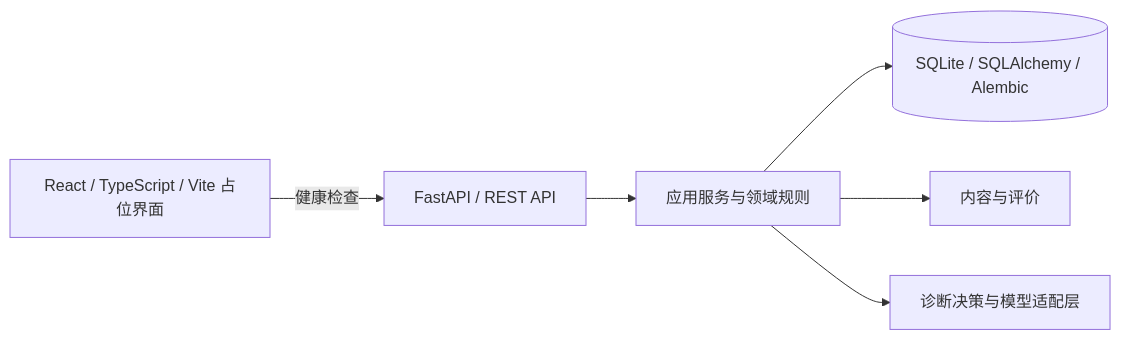
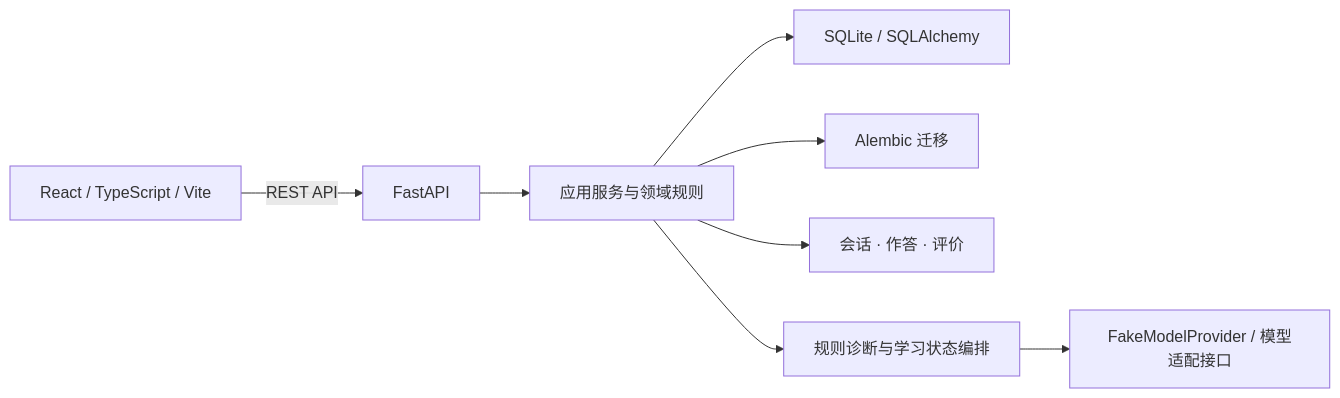
The second of 2 diagrams in README.md (KaoruMiyagawa/UnlearnLoop), drawn with Mermaid before and after one commit. The commit also changed other lines of this file, not shown here.

````diff
--- a/README.md
+++ b/README.md
@@ -38,8 +67,10 @@
 ```mermaid
 flowchart LR
-    UI[React / TypeScript / Vite 占位界面] -->|健康检查| API[FastAPI / REST API]
+    UI[React / TypeScript / Vite] -->|REST API| API[FastAPI]
     API --> APP[应用服务与领域规则]
-    APP --> DB[(SQLite / SQLAlchemy / Alembic)]
-    APP --> EVAL[内容与评价]
-    APP --> AGENT[诊断决策与模型适配层]
+    APP --> DATA[SQLite / SQLAlchemy]
+    APP --> MIG[Alembic 迁移]
+    APP --> LEARN[会话 · 作答 · 评价]
+    APP --> AGENT[规则诊断与学习状态编排]
+    AGENT --> PROVIDER[FakeModelProvider / 模型适配接口]
 ```
````
